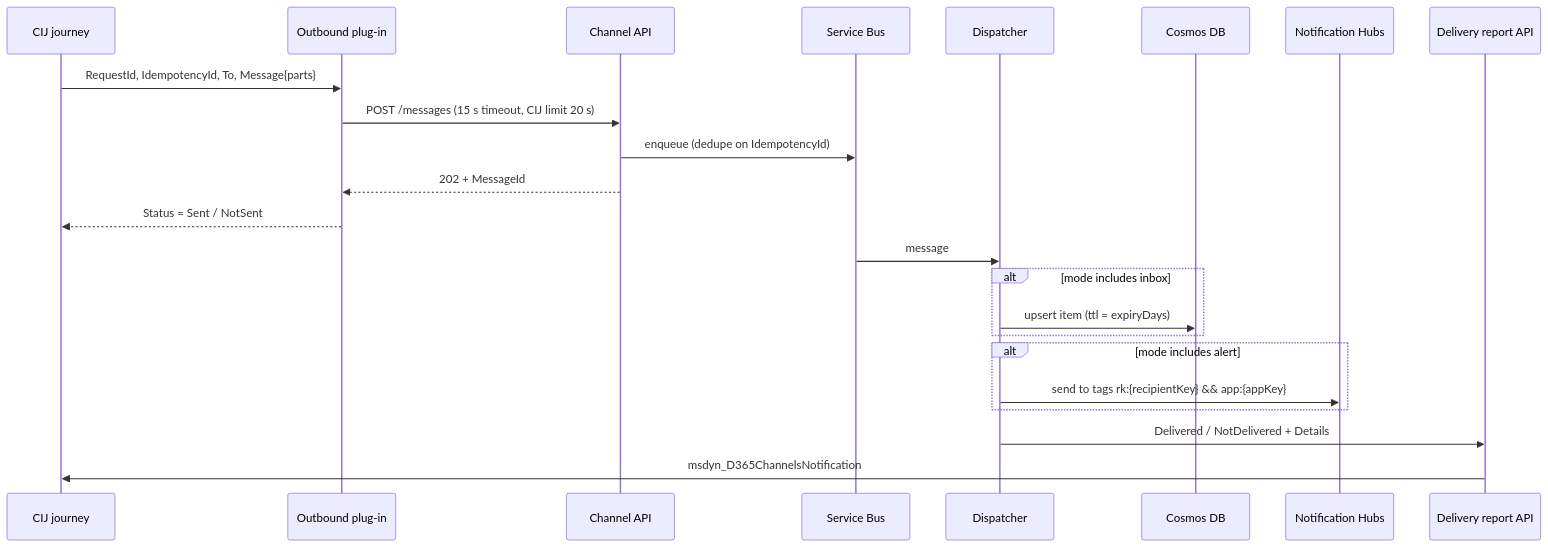
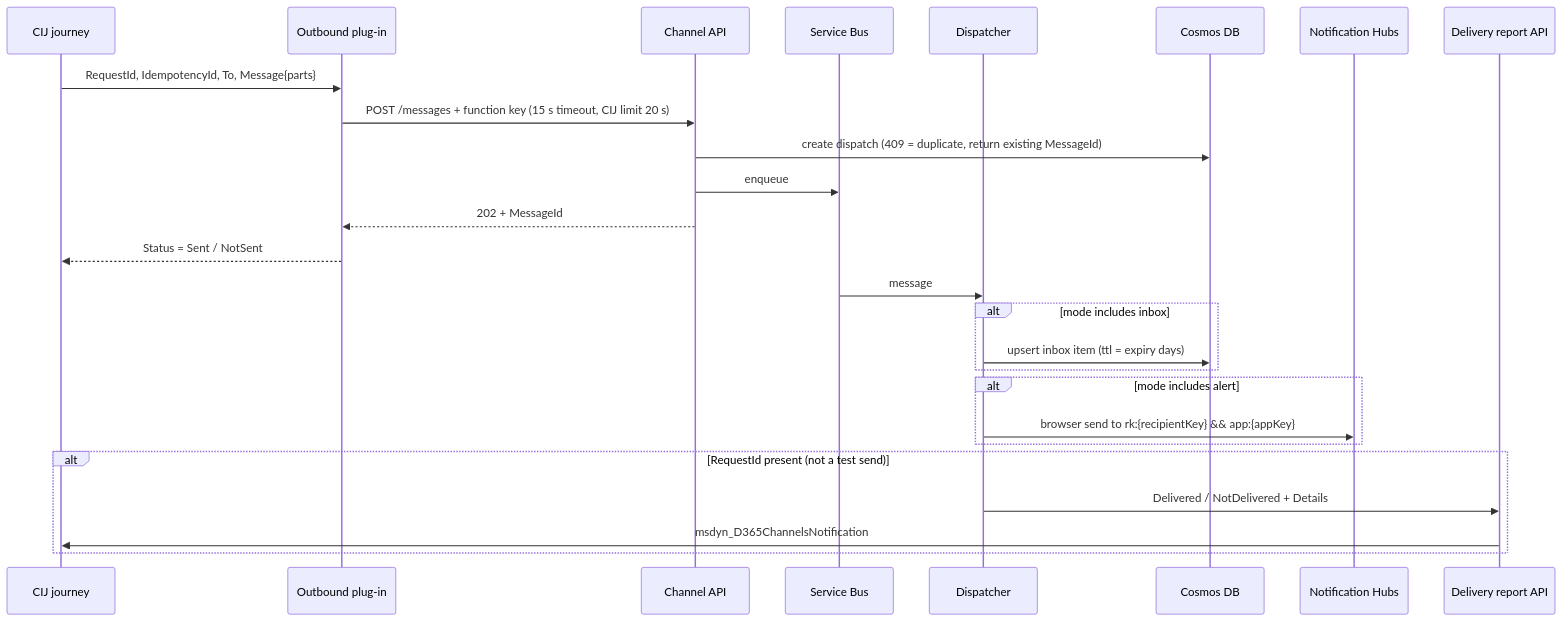
The second of 3 diagrams in docs/architecture.md (alexander-you/cij-push-inbox-custom-channel), drawn with Mermaid before and after one commit. The commit also changed other lines of this file and 50 other files, not shown here.

````diff
--- a/docs/architecture.md
+++ b/docs/architecture.md
@@ -62,25 +72,28 @@
 ```mermaid
 sequenceDiagram
   participant J as CIJ journey
   participant P as Outbound plug-in
   participant C as Channel API
   participant Q as Service Bus
   participant D as Dispatcher
   participant DB as Cosmos DB
   participant N as Notification Hubs
   participant R as Delivery report API
   J->>P: RequestId, IdempotencyId, To, Message{parts}
-  P->>C: POST /messages (15 s timeout, CIJ limit 20 s)
-  C->>Q: enqueue (dedupe on IdempotencyId)
+  P->>C: POST /messages + function key (15 s timeout, CIJ limit 20 s)
+  C->>DB: create dispatch (409 = duplicate, return existing MessageId)
+  C->>Q: enqueue
   C-->>P: 202 + MessageId
   P-->>J: Status = Sent / NotSent
   Q->>D: message
   alt mode includes inbox
-    D->>DB: upsert item (ttl = expiryDays)
+    D->>DB: upsert inbox item (ttl = expiry days)
   end
   alt mode includes alert
-    D->>N: send to tags rk:{recipientKey} && app:{appKey}
+    D->>N: browser send to rk:{recipientKey} && app:{appKey}
   end
-  D->>R: Delivered / NotDelivered + Details
-  R->>J: msdyn_D365ChannelsNotification
+  alt RequestId present (not a test send)
+    D->>R: Delivered / NotDelivered + Details
+    R->>J: msdyn_D365ChannelsNotification
+  end
 ```
````
